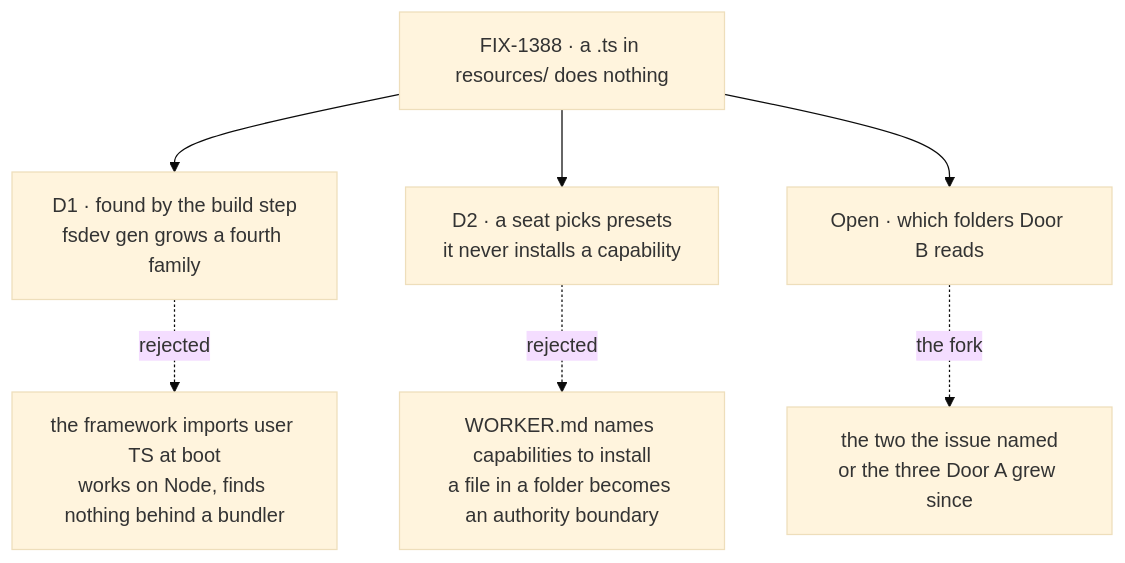
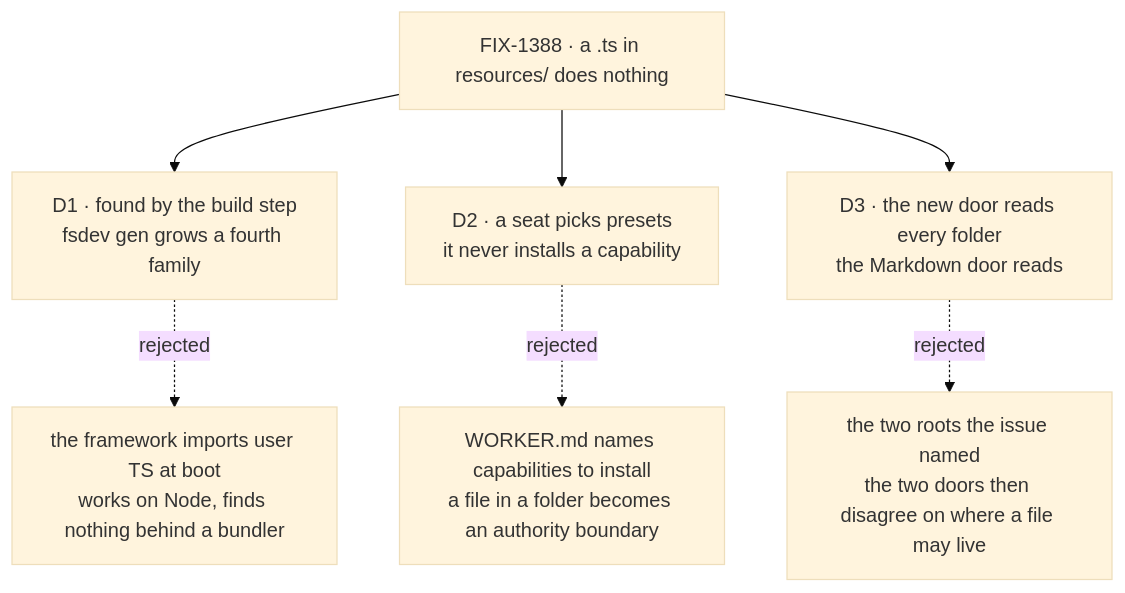
One commit to fixpoint-labs/flow-state-dev changed the diagram in spec/FIX-1388/DECISIONS.md. Above: the diagram before and after it, drawn with Mermaid (base theme). The commit also changed other lines of this file and 3 other files, not shown here.

First line of the commit message:
spec(FIX-1388): close the three-roots fork as a decision

````diff
--- a/spec/FIX-1388/DECISIONS.md
+++ b/spec/FIX-1388/DECISIONS.md
@@ -10,9 +10,9 @@
 ```mermaid
 flowchart TD
   I["FIX-1388 · a .ts in resources/ does nothing"] --> D1["D1 · found by the build step<br/>fsdev gen grows a fourth family"]
   D1 -.->|"rejected"| X1["the framework imports user TS at boot<br/>works on Node, finds nothing behind a bundler"]
   I --> D2["D2 · a seat picks presets<br/>it never installs a capability"]
   D2 -.->|"rejected"| X2["WORKER.md names capabilities to install<br/>a file in a folder becomes an authority boundary"]
-  I --> O["Open · which folders Door B reads"]
-  O -.->|"the fork"| X3["the two the issue named<br/>or the three Door A grew since"]
+  I --> D3["D3 · the new door reads every folder<br/>the Markdown door reads"]
+  D3 -.->|"rejected"| X3["the two roots the issue named<br/>the two doors then disagree on where a file may live"]
 ```
````
